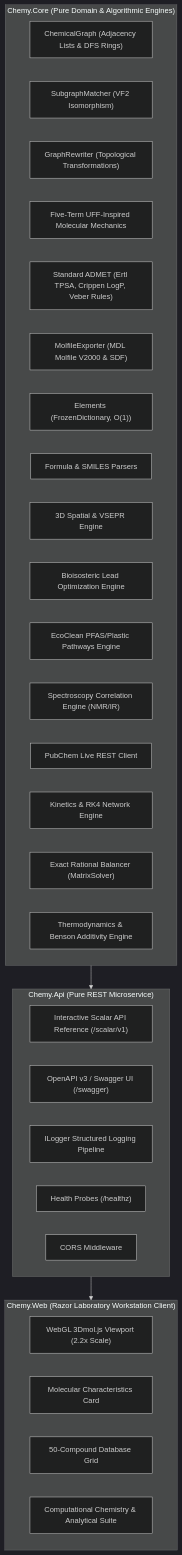
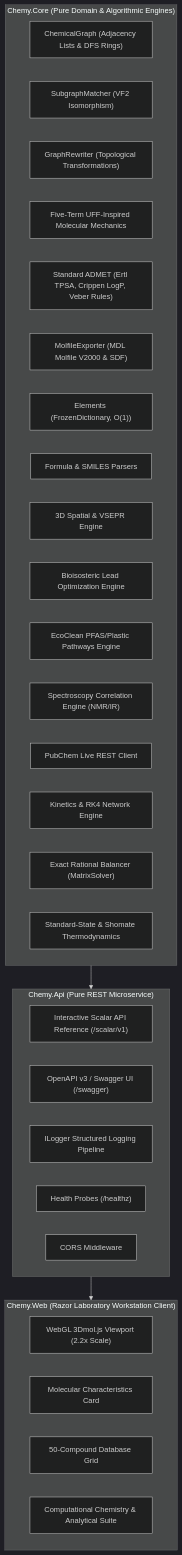
Before and after one commit to mouralx/chemy: the diagram in docs/ARCHITECTURE.md, drawn with Mermaid (dark theme). The commit also changed other lines of this file and 31 other files, not shown here.

````diff
--- a/docs/ARCHITECTURE.md
+++ b/docs/ARCHITECTURE.md
@@ -9,39 +9,39 @@
 ```mermaid
 graph TD
     subgraph Core["Chemy.Core (Pure Domain & Algorithmic Engines)"]
         Graph["ChemicalGraph (Adjacency Lists & DFS Rings)"]
         Matcher["SubgraphMatcher (VF2 Isomorphism)"]
         Rewriter["GraphRewriter (Topological Transformations)"]
         ForceField["Five-Term UFF-Inspired Molecular Mechanics"]
         ADMET["Standard ADMET (Ertl TPSA, Crippen LogP, Veber Rules)"]
         Molfile["MolfileExporter (MDL Molfile V2000 & SDF)"]
         Elements["Elements (FrozenDictionary, O(1))"]
         Parsing["Formula & SMILES Parsers"]
         Spatial["3D Spatial & VSEPR Engine"]
         Evolver["Bioisosteric Lead Optimization Engine"]
         EcoClean["EcoClean PFAS/Plastic Pathways Engine"]
         Spec["Spectroscopy Correlation Engine (NMR/IR)"]
         Cloud["PubChem Live REST Client"]
         Kinetics["Kinetics & RK4 Network Engine"]
         Stoich["Exact Rational Balancer (MatrixSolver)"]
-        Thermo["Thermodynamics & Benson Additivity Engine"]
+        Thermo["Standard-State & Shomate Thermodynamics"]
     end
 
     subgraph API["Chemy.Api (Pure REST Microservice)"]
         Scalar["Interactive Scalar API Reference (/scalar/v1)"]
         Swagger["OpenAPI v3 / Swagger UI (/swagger)"]
         Logging["ILogger Structured Logging Pipeline"]
         HealthChecks["Health Probes (/healthz)"]
         CorsMiddleware["CORS Middleware"]
     end
 
     subgraph Web["Chemy.Web (Razor Laboratory Workstation Client)"]
         Viewport["WebGL 3Dmol.js Viewport (2.2x Scale)"]
         Telemetry["Molecular Characteristics Card"]
         Catalog["50-Compound Database Grid"]
         Suite["Computational Chemistry & Analytical Suite"]
     end
 
     Core --> API
     API --> Web
 ```
````
